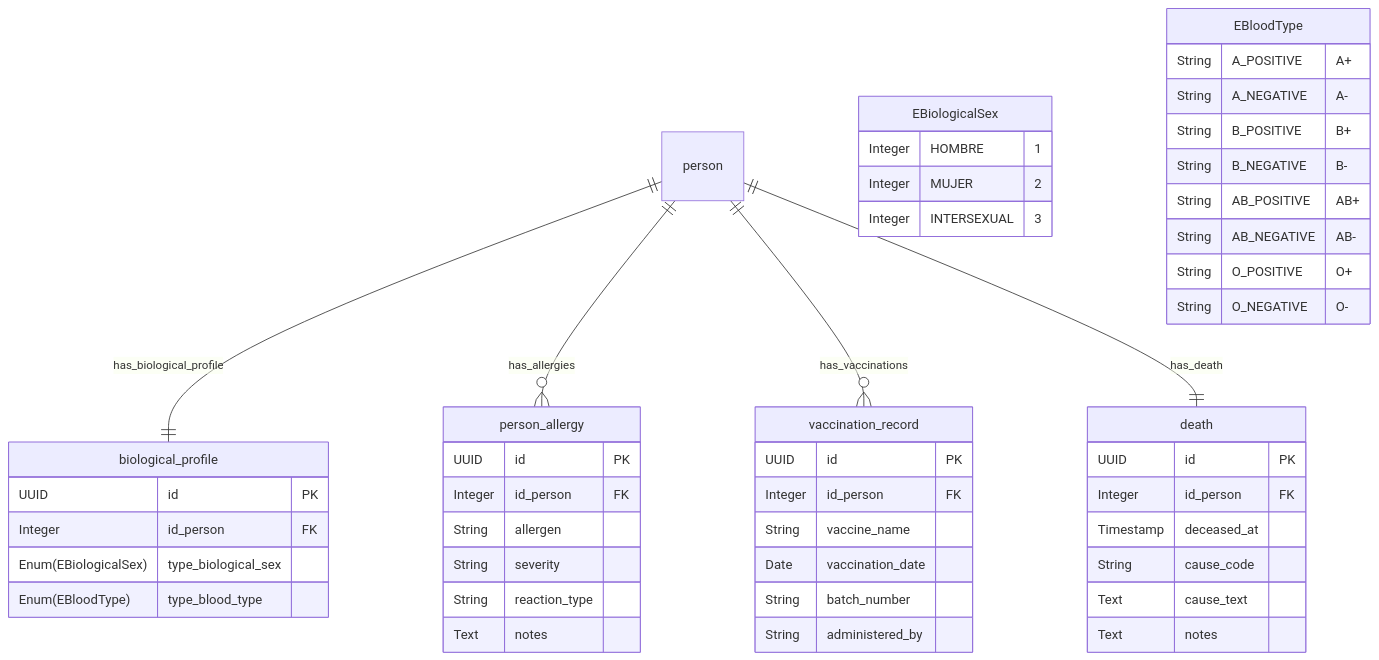
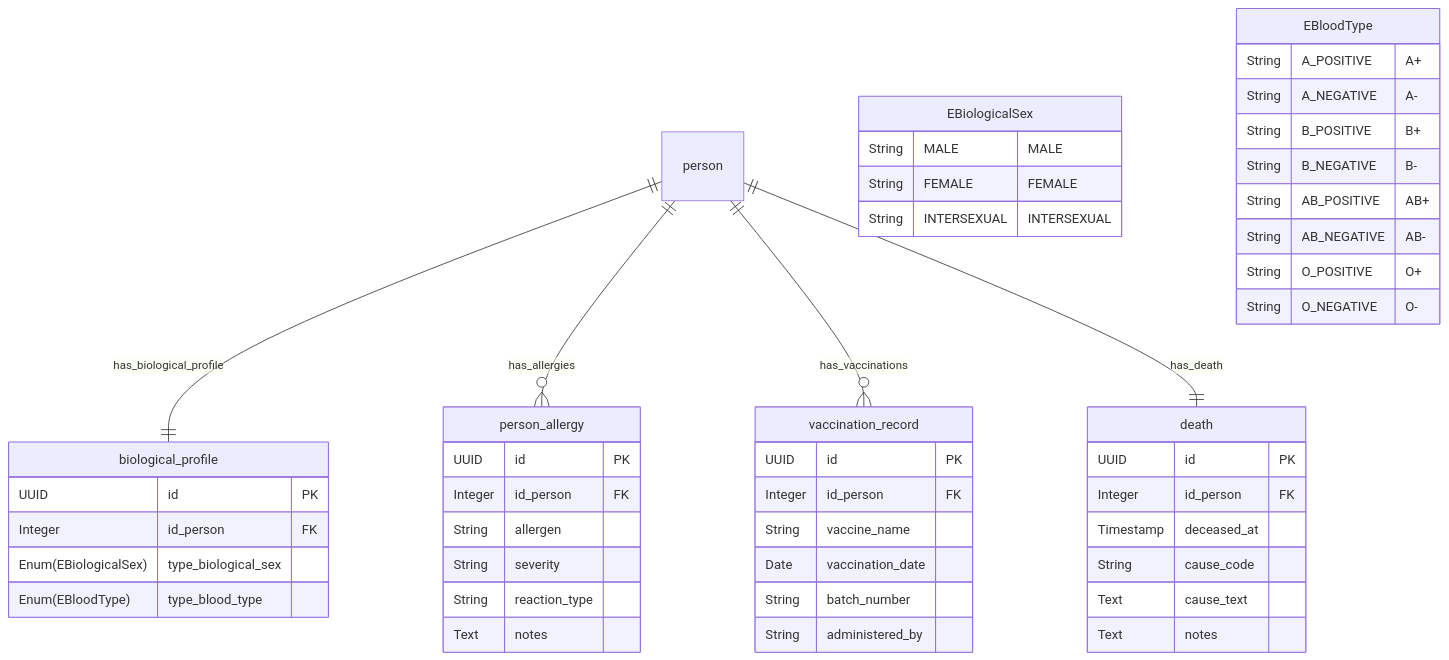
One commit to m4ck-y/dh_docs changed the diagram in db/postgres/health_profile/erd.mmd. Above: the diagram before and after it, drawn with Mermaid. The commit also changed 5 other files, not shown here.

```diff
--- a/db/postgres/health_profile/erd.mmd
+++ b/db/postgres/health_profile/erd.mmd
@@ -1,75 +1,73 @@
 erDiagram
     %% HEALTH_PROFILE SCHEMA
     %% Perfil biologico y clinico de la persona
 
     %% REFERENCIAS EXTERNAS
     %% person: definida en schema people
 
     %% RELACIONES
     person ||--|| biological_profile : "has_biological_profile"
     person ||--o{ person_allergy : "has_allergies"
     person ||--o{ vaccination_record : "has_vaccinations"
     person ||--|| death : "has_death"
 
-    %% ENUMS
-    %% EBiologicalSex: sexo biologico (HOMBRE=1, MUJER=2, INTERSEXUAL=3)
-    %% EBloodType: tipo de sangre (A+, A-, B+, B-, AB+, AB-, O+, O-)
+    %% ENUMS (vocabulario cerrado -> enum de texto; la lista de la UI es estatica)
     EBiologicalSex {
-        Integer HOMBRE "1"
-        Integer MUJER "2"
-        Integer INTERSEXUAL "3"
+        String MALE "MALE"
+        String FEMALE "FEMALE"
+        String INTERSEXUAL "INTERSEXUAL"
     }
 
     EBloodType {
         String A_POSITIVE "A+"
         String A_NEGATIVE "A-"
         String B_POSITIVE "B+"
         String B_NEGATIVE "B-"
         String AB_POSITIVE "AB+"
         String AB_NEGATIVE "AB-"
         String O_POSITIVE "O+"
         String O_NEGATIVE "O-"
     }
 
     %% ENTIDADES
     %% biological_profile: perfil biologico de la persona
-    %% type_biological_sex: sexo biologico (enum)
-    %% type_blood_type: tipo de sangre (enum)
+    %% type_biological_sex: sexo biologico (enum de texto)
+    %% type_blood_type: tipo de sangre (enum de texto)
     biological_profile {
         UUID id PK
         Integer id_person FK
         Enum(EBiologicalSex) type_biological_sex
         Enum(EBloodType) type_blood_type
     }
 
     %% person_allergy: alergias del paciente
     person_allergy {
         UUID id PK
         Integer id_person FK
         String allergen
         String severity
         String reaction_type
         Text notes
     }
 
     %% vaccination_record: historial de vacunacion
     vaccination_record {
         UUID id PK
         Integer id_person FK
         String vaccine_name
         Date vaccination_date
         String batch_number
         String administered_by
     }
 
     %% death: detalles de fallecimiento (1:1; existe solo si fallecio)
     %% deceased_at: fecha/hora de fallecimiento (null = fallecio sin fecha conocida)
     %% cause_code: motivo (codigo CIE-11); cause_text: motivo en texto libre
     death {
         UUID id PK
         Integer id_person FK
         Timestamp deceased_at
         String cause_code
         Text cause_text
         Text notes
     }
```
